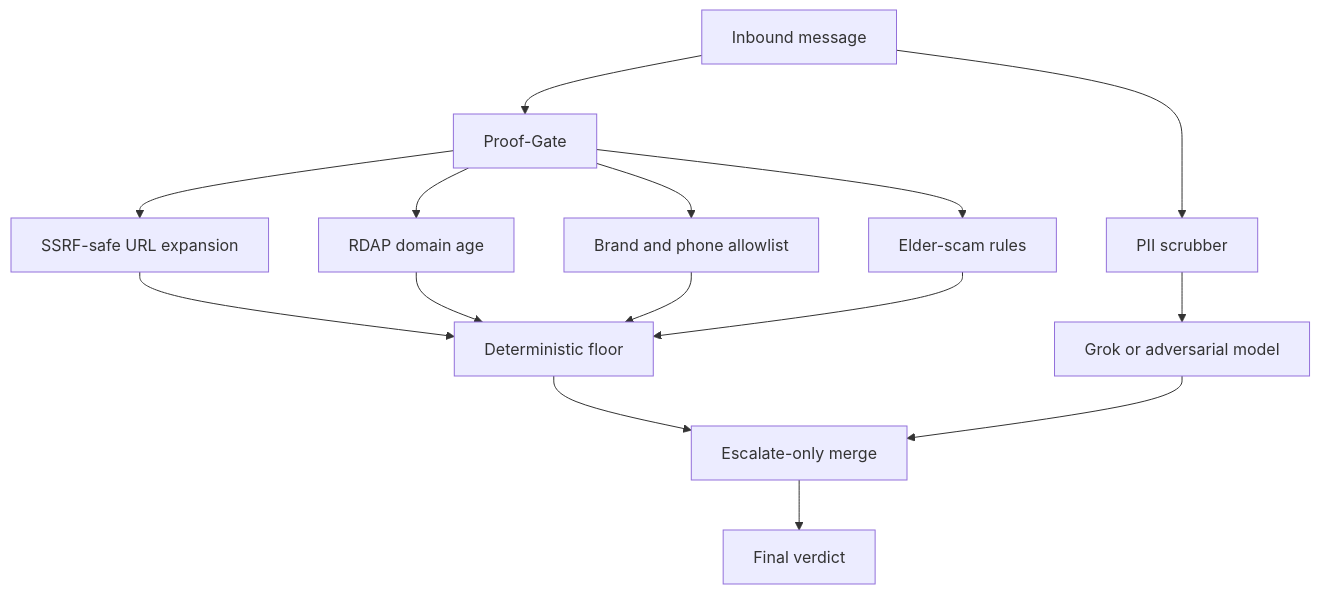
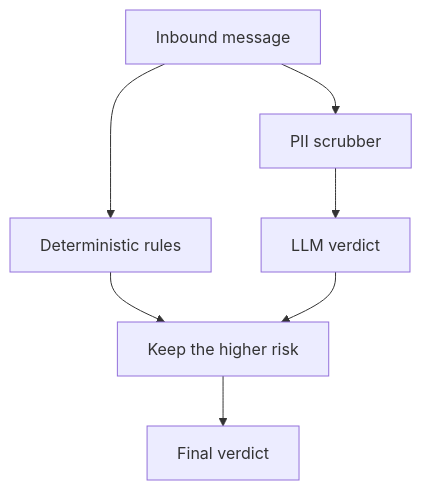
Before and after one commit to dpztxzx9nf-lab/grok-scam-proof-gate: the diagram in README.md, drawn with Mermaid. The commit also changed other lines of this file and 1 other file, not shown here.

````diff
--- a/README.md
+++ b/README.md
@@ -26,29 +27,16 @@
 ```mermaid
 flowchart TD
   message[Inbound message]
   scrub[PII scrubber]
-  gate[Proof-Gate]
-  urls[SSRF-safe URL expansion]
-  age[RDAP domain age]
-  brand[Brand and phone allowlist]
-  rules[Elder-scam rules]
-  floor[Deterministic floor]
-  model[Grok or adversarial model]
-  merge[Escalate-only merge]
+  rules[Deterministic rules]
+  model[LLM verdict]
+  merge[Keep the higher risk]
   verdict[Final verdict]
 
   message --> scrub
-  message --> gate
-  gate --> urls
-  gate --> age
-  gate --> brand
-  gate --> rules
-  urls --> floor
-  age --> floor
-  brand --> floor
-  rules --> floor
+  message --> rules
   scrub --> model
-  floor --> merge
+  rules --> merge
   model --> merge
   merge --> verdict
 ```
````
